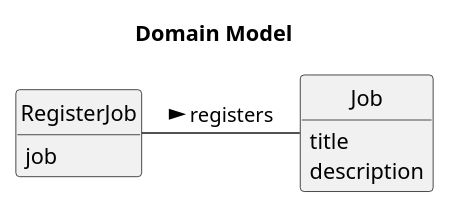
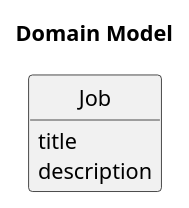
The diagram in docs/sprintB/us002/02.analysis/puml/us002-domain-model.puml (RicardoMorim/lapr2-ISEP-Project), drawn with PlantUML before and after one commit. The commit also changed 3 other files, not shown here.

```diff
--- a/docs/sprintB/us002/02.analysis/puml/us002-domain-model.puml
+++ b/docs/sprintB/us002/02.analysis/puml/us002-domain-model.puml
@@ -1,19 +1,17 @@
 @startuml
 
 hide circle
 hide methods
 
 title Domain Model
 
-class RegisterJob{
-    job
-}
+
 
 class Job {
     title
     description
 }
 
-RegisterJob - Job: registers >
+
 
 @enduml
```
